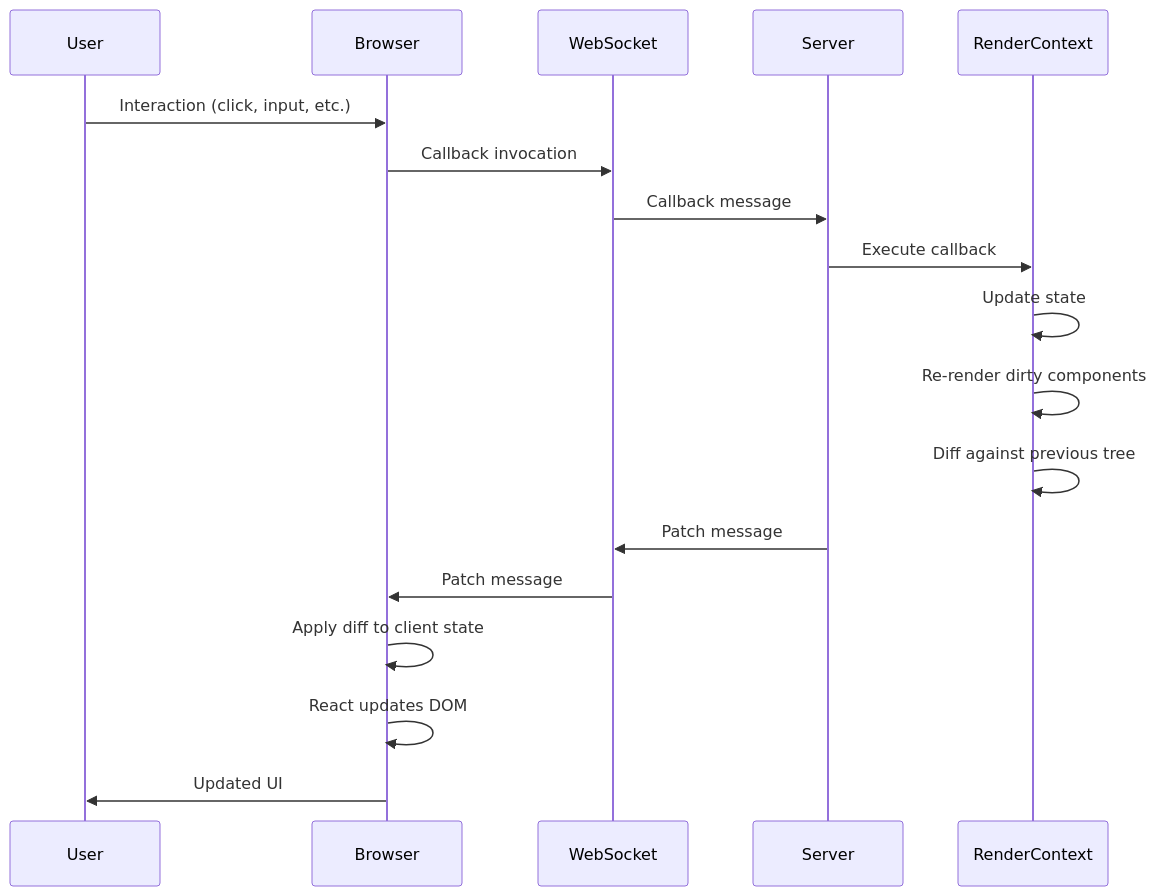
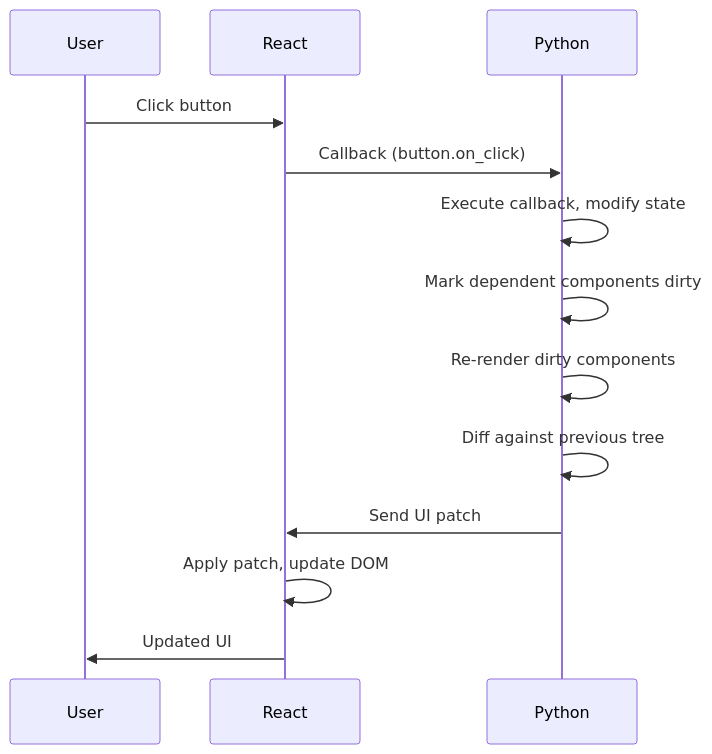
The second of 2 diagrams in docs/docs/design/overview.md (emmapowers/trellis), drawn with Mermaid before and after one commit. The commit also changed other lines of this file and 12 other files, not shown here.

````diff
--- a/docs/docs/design/overview.md
+++ b/docs/docs/design/overview.md
@@ -314,21 +268,16 @@
 ```mermaid
 sequenceDiagram
     participant User
-    participant Browser
-    participant WebSocket
-    participant Server
-    participant RenderContext
+    participant React
+    participant Python
 
-    User->>Browser: Interaction (click, input, etc.)
-    Browser->>WebSocket: Callback invocation
-    WebSocket->>Server: Callback message
-    Server->>RenderContext: Execute callback
-    RenderContext->>RenderContext: Update state
-    RenderContext->>RenderContext: Re-render dirty components
-    RenderContext->>RenderContext: Diff against previous tree
-    Server->>WebSocket: Patch message
-    WebSocket->>Browser: Patch message
-    Browser->>Browser: Apply diff to client state
-    Browser->>Browser: React updates DOM
-    Browser->>User: Updated UI
+    User->>React: Click button
+    React->>Python: Callback (button.on_click)
+    Python->>Python: Execute callback, modify state
+    Python->>Python: Mark dependent components dirty
+    Python->>Python: Re-render dirty components
+    Python->>Python: Diff against previous tree
+    Python->>React: Send UI patch
+    React->>React: Apply patch, update DOM
+    React->>User: Updated UI
 ```
````
